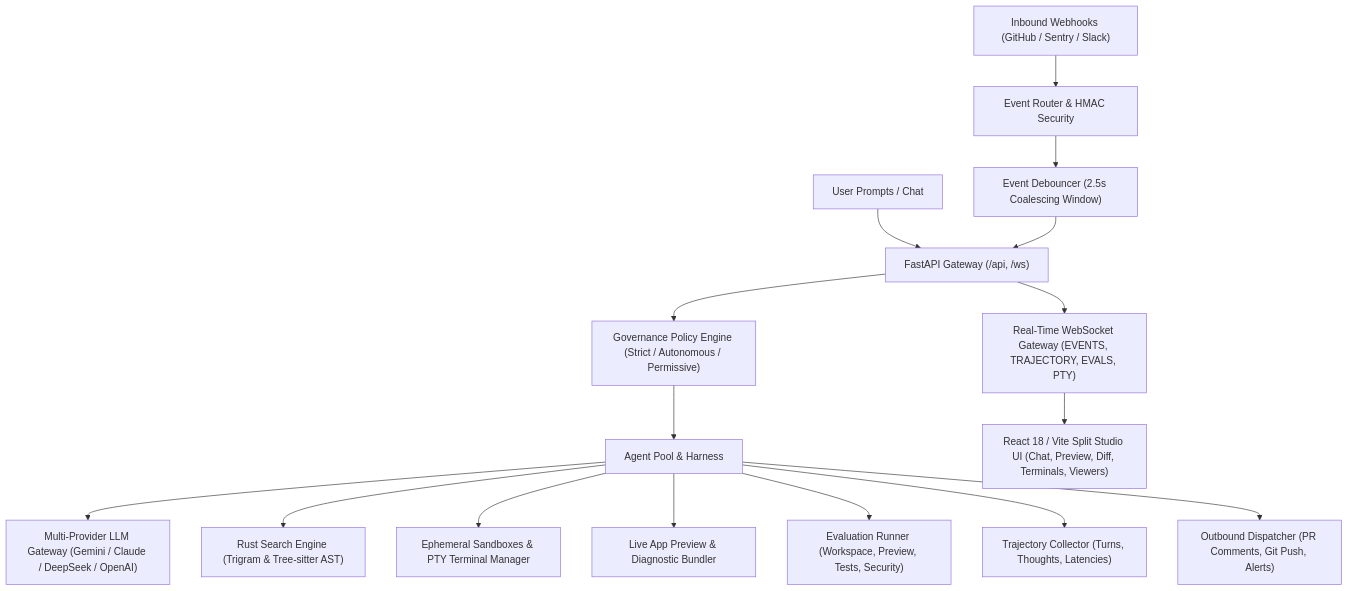
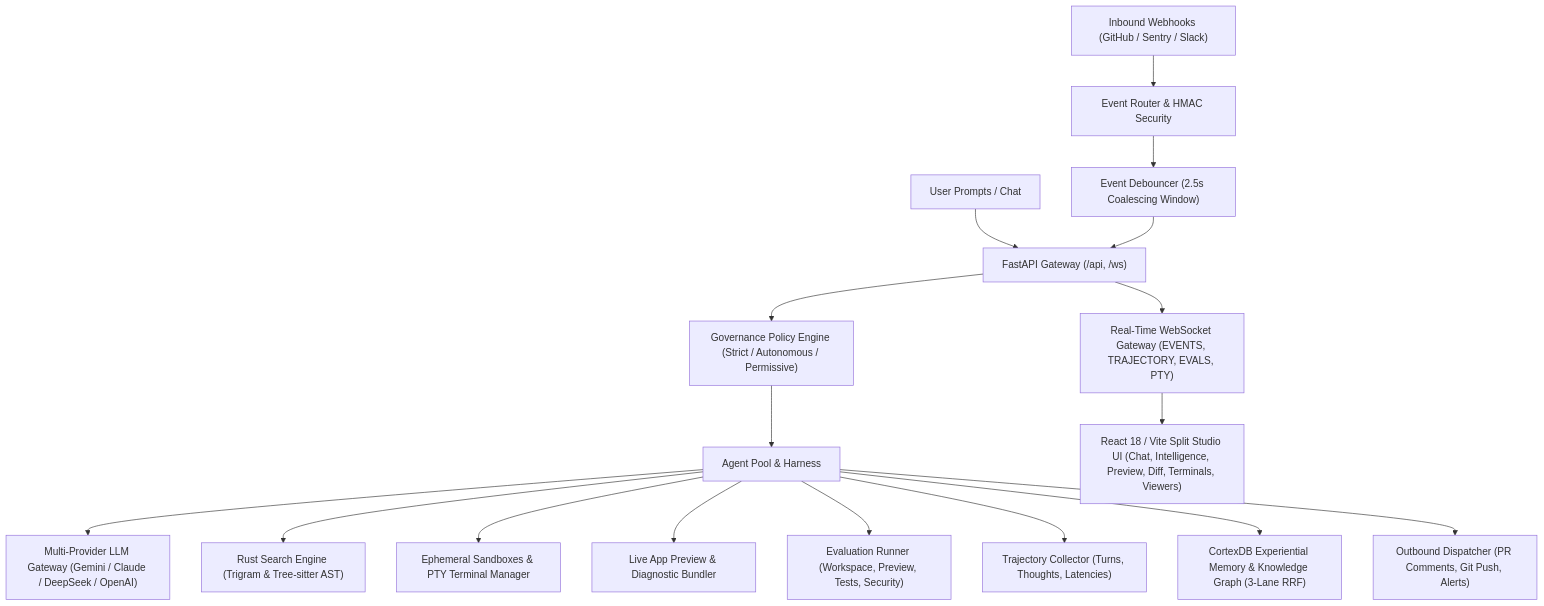
One commit to rubum/cyclode changed the diagram in README.md. Above: the diagram before and after it, drawn with Mermaid. The commit also changed other lines of this file, not shown here.

Commit message:
docs(readme): document CortexDB experiential memory, sub-agent delegation, and updated test count

````diff
--- a/README.md
+++ b/README.md
@@ -102,20 +108,21 @@
 ```mermaid
 graph TD
     A["User Prompts / Chat"] --> B["FastAPI Gateway (/api, /ws)"]
     C["Inbound Webhooks (GitHub / Sentry / Slack)"] --> D["Event Router & HMAC Security"]
     D --> E["Event Debouncer (2.5s Coalescing Window)"]
     E --> B
     B --> F["Governance Policy Engine (Strict / Autonomous / Permissive)"]
     F --> G["Agent Pool & Harness"]
     
     G --> H["Multi-Provider LLM Gateway (Gemini / Claude / DeepSeek / OpenAI)"]
     G --> I["Rust Search Engine (Trigram & Tree-sitter AST)"]
     G --> J["Ephemeral Sandboxes & PTY Terminal Manager"]
     G --> K["Live App Preview & Diagnostic Bundler"]
     G --> L["Evaluation Runner (Workspace, Preview, Tests, Security)"]
     G --> M["Trajectory Collector (Turns, Thoughts, Latencies)"]
+    G --> Q["CortexDB Experiential Memory & Knowledge Graph (3-Lane RRF)"]
     G --> N["Outbound Dispatcher (PR Comments, Git Push, Alerts)"]
     
     B --> O["Real-Time WebSocket Gateway (EVENTS, TRAJECTORY, EVALS, PTY)"]
-    O --> P["React 18 / Vite Split Studio UI (Chat, Preview, Diff, Terminals, Viewers)"]
+    O --> P["React 18 / Vite Split Studio UI (Chat, Intelligence, Preview, Diff, Terminals, Viewers)"]
 ```
````
